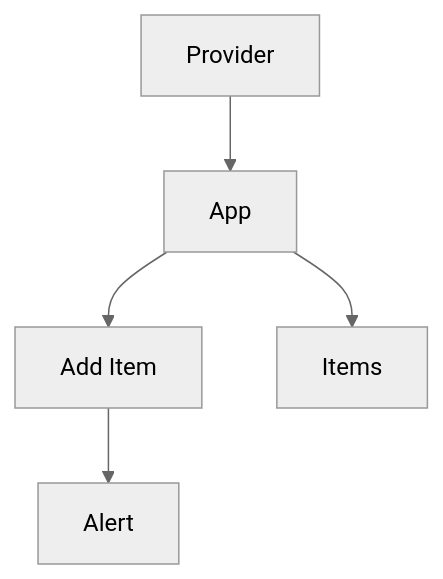
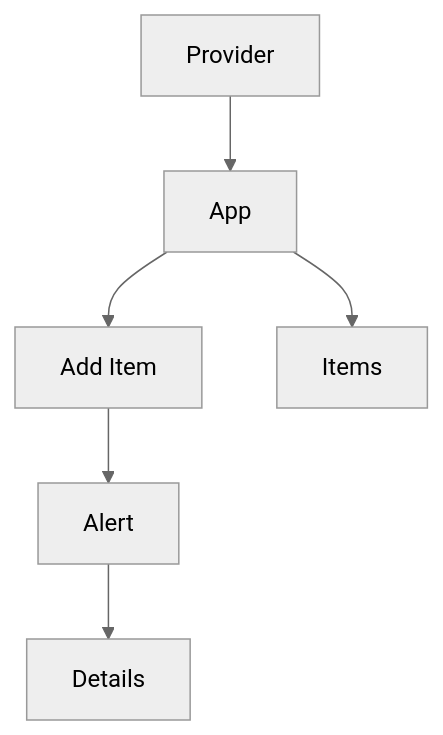
One commit to DanielNieuwoudt/dev-assess changed the second of 2 diagrams in Solution.README.md. Above: the diagram before and after it, drawn with Mermaid (neutral theme). The commit also changed 5 other files, not shown here.

````diff
--- a/Solution.README.md
+++ b/Solution.README.md
@@ -249,13 +249,15 @@
 ```mermaid
 graph TD
 A[Provider]
 B[App]
 C[Add Item]
 D[Items]
 E[Alert]
+F[Details]
 
 A --> B
 B --> C
 B --> D
 C --> E
+E --> F
 ```
````
